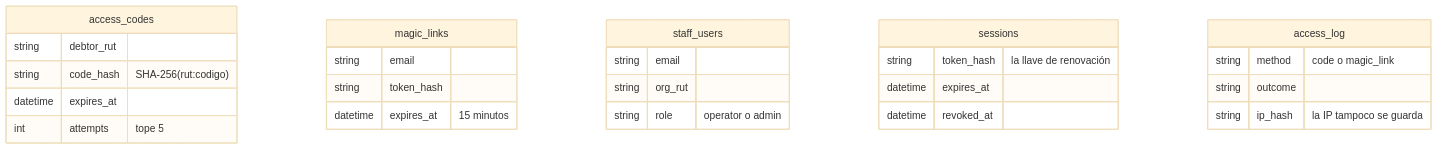
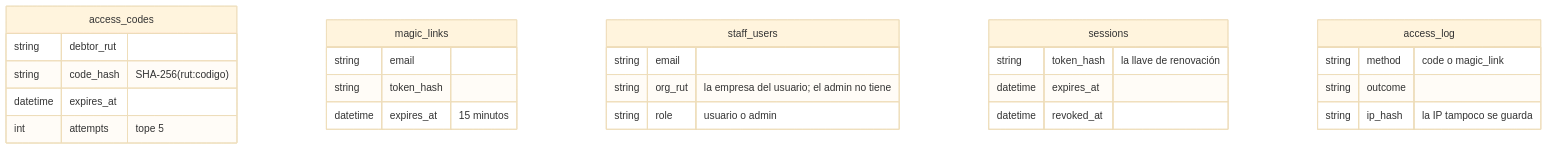
Before and after one commit to TechnicalBridge/DataBridge: the third of 15 diagrams in README.md, drawn with Mermaid (base theme). The commit also changed other lines of this file and 43 other files, not shown here.

Commit message:
feat(ms-auth, portal): Roles admin y usuario, y el panel de administración de DataBridge

````diff
--- a/README.md
+++ b/README.md
@@ -776,29 +804,29 @@
 ```mermaid
 erDiagram
     access_codes {
         string debtor_rut
         string code_hash "SHA-256(rut:codigo)"
         datetime expires_at
         int attempts "tope 5"
     }
     magic_links {
         string email
         string token_hash
         datetime expires_at "15 minutos"
     }
     staff_users {
         string email
-        string org_rut
-        string role "operator o admin"
+        string org_rut "la empresa del usuario; el admin no tiene"
+        string role "usuario o admin"
     }
     sessions {
         string token_hash "la llave de renovación"
         datetime expires_at
         datetime revoked_at
     }
     access_log {
         string method "code o magic_link"
         string outcome
         string ip_hash "la IP tampoco se guarda"
     }
 ```
````
